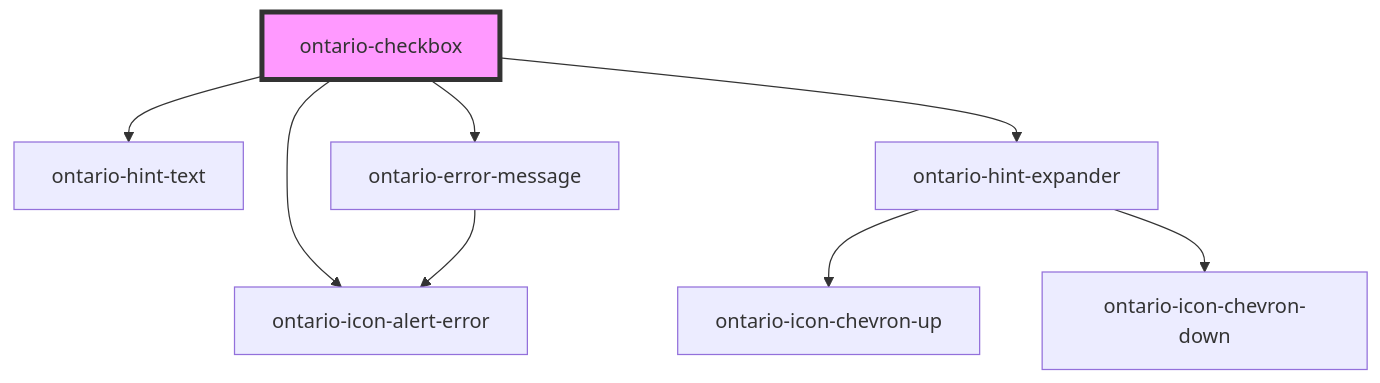
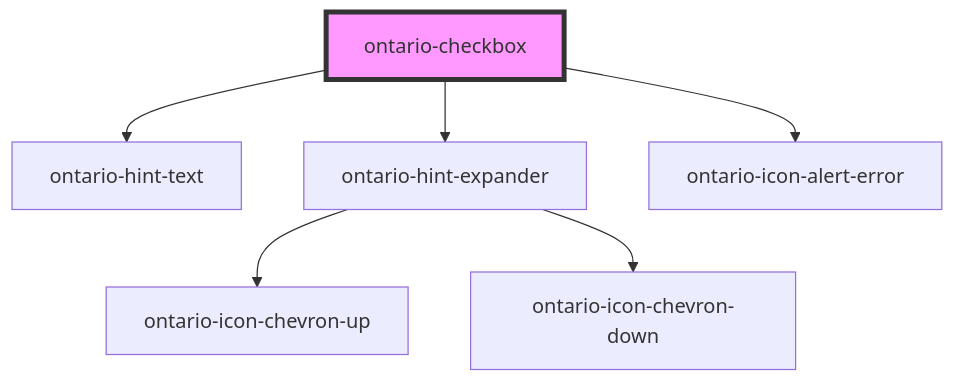
Before and after one commit to ongov/ontario-design-system: the diagram in packages/ontario-design-system-component-library/src/components/ontario-checkbox/readme.md, drawn with Mermaid. The commit also changed other lines of this file and 17 other files, not shown here.

````diff
--- a/packages/ontario-design-system-component-library/src/components/ontario-checkbox/readme.md
+++ b/packages/ontario-design-system-component-library/src/components/ontario-checkbox/readme.md
@@ -92,11 +74,9 @@
 ```mermaid
 graph TD;
   ontario-checkbox --> ontario-hint-text
-  ontario-checkbox --> ontario-error-message
   ontario-checkbox --> ontario-hint-expander
   ontario-checkbox --> ontario-icon-alert-error
-  ontario-error-message --> ontario-icon-alert-error
   ontario-hint-expander --> ontario-icon-chevron-up
   ontario-hint-expander --> ontario-icon-chevron-down
   style ontario-checkbox fill:#f9f,stroke:#333,stroke-width:4px
 ```
````
